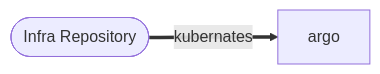
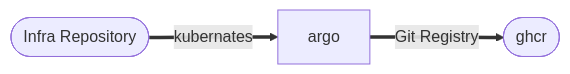
Before and after one commit to MarkTerrious/Go_MSAProject_Infra: the first of 2 diagrams in ReadMe.md, drawn with Mermaid. The commit also changed 30 other files, not shown here.

````diff
--- a/ReadMe.md
+++ b/ReadMe.md
@@ -51,5 +51,6 @@
 ```mermaid
 flowchart LR
   infraRepo([Infra Repository]) ==> |kubernates| argoCD
-  argoCD[argo]
+  argoCD[argo] ==> |Git Registry| GHCR
+  GHCR([ghcr])
 ```
````
